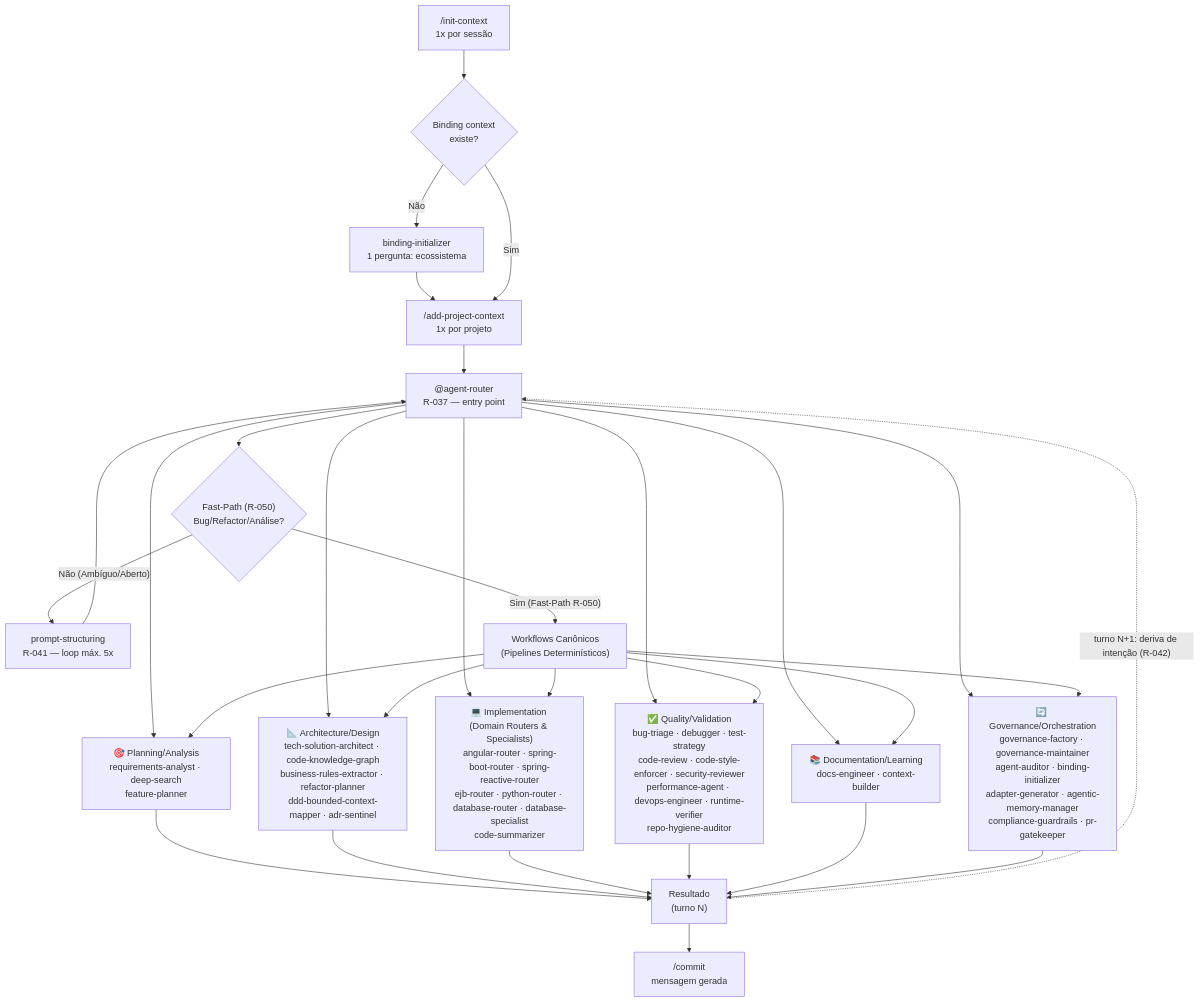
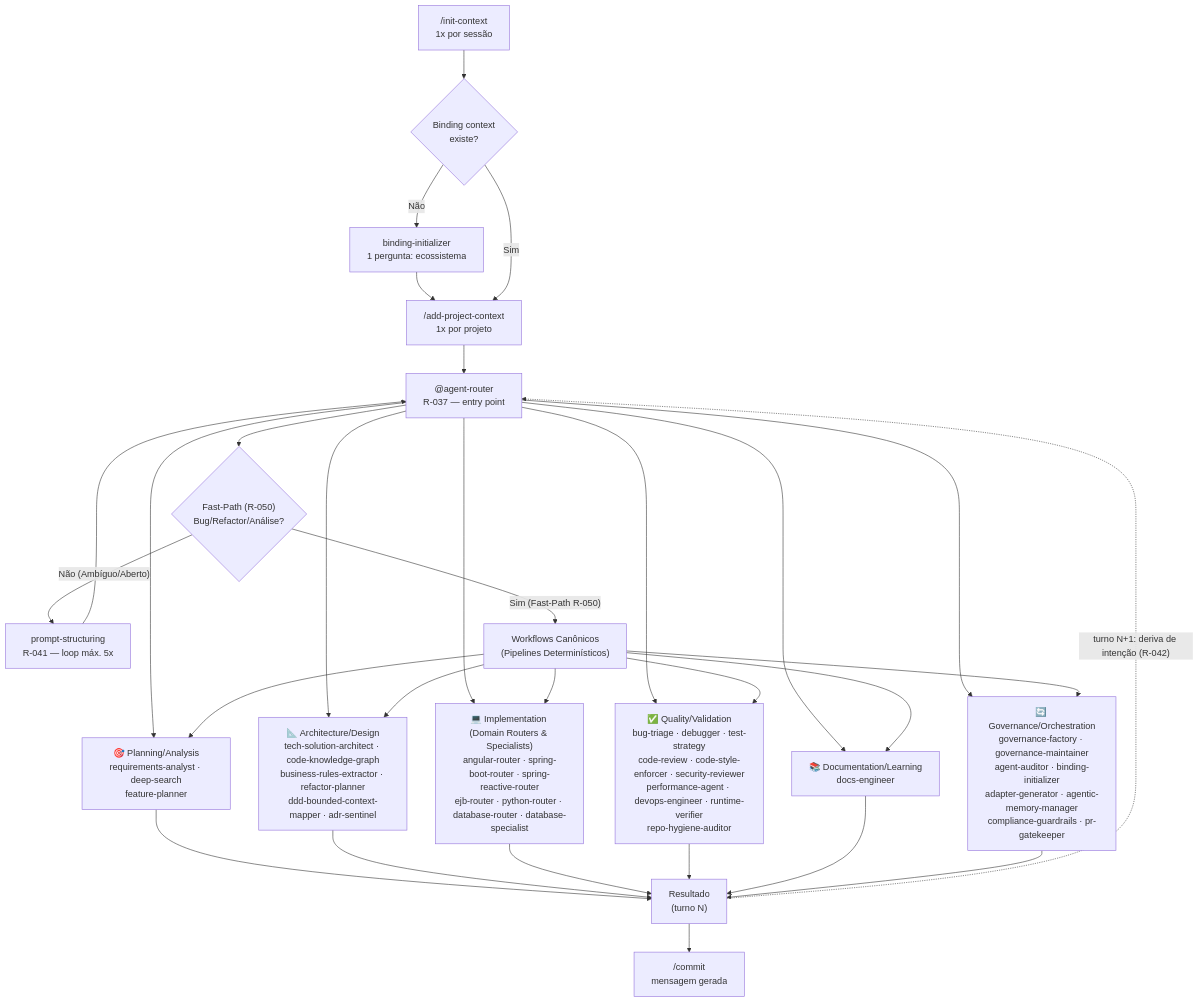
One commit to jezreel8858/deep-agents-copilot changed the first of 2 diagrams in README.md. Above: the diagram before and after it, drawn with Mermaid. The commit also changed other lines of this file and 53 other files, not shown here.

Commit message:
chore(governance): descontinuar e remover agents orfaos code-summarizer e context-builder

````diff
--- a/README.md
+++ b/README.md
@@ -106,23 +106,23 @@
 ```mermaid
 flowchart TD
     A["/init-context\n1x por sessão"] --> B{Binding context\nexiste?}
     B -- Não --> C["binding-initializer\n1 pergunta: ecossistema"]
     C --> D["/add-project-context\n1x por projeto"]
     B -- Sim --> D
     D --> E["@agent-router\nR-037 — entry point"]
     E --> FP{"Fast-Path (R-050)\nBug/Refactor/Análise?"}
     FP -- "Não (Ambíguo/Aberto)" --> P["prompt-structuring\nR-041 — loop máx. 5x"]
     P --> E
     FP -- "Sim (Fast-Path R-050)" --> WF["Workflows Canônicos\n(Pipelines Determinísticos)"]
 
     E & WF --> G1["🎯 Planning/Analysis\nrequirements-analyst · deep-search\nfeature-planner"]
     E & WF --> G2["📐 Architecture/Design\ntech-solution-architect · code-knowledge-graph\nbusiness-rules-extractor · refactor-planner\nddd-bounded-context-mapper · adr-sentinel"]
-    E & WF --> G3["💻 Implementation (Domain Routers & Specialists)\nangular-router · spring-boot-router · spring-reactive-router\nejb-router · python-router · database-router · database-specialist\ncode-summarizer"]
+    E & WF --> G3["💻 Implementation (Domain Routers & Specialists)\nangular-router · spring-boot-router · spring-reactive-router\nejb-router · python-router · database-router · database-specialist"]
     E & WF --> G4["✅ Quality/Validation\nbug-triage · debugger · test-strategy\ncode-review · code-style-enforcer · security-reviewer\nperformance-agent · devops-engineer · runtime-verifier\nrepo-hygiene-auditor"]
-    E & WF --> G5["📚 Documentation/Learning\ndocs-engineer · context-builder"]
+    E & WF --> G5["📚 Documentation/Learning\ndocs-engineer"]
     E & WF --> G6["🔄 Governance/Orchestration\ngovernance-factory · governance-maintainer\nagent-auditor · binding-initializer\nadapter-generator · agentic-memory-manager\ncompliance-guardrails · pr-gatekeeper"]
 
     G1 & G2 & G3 & G4 & G5 & G6 --> K["Resultado\n(turno N)"]
     K --> L["/commit\nmensagem gerada"]
     K -.->|"turno N+1: deriva de intenção (R-042)"| E
 ```
````
